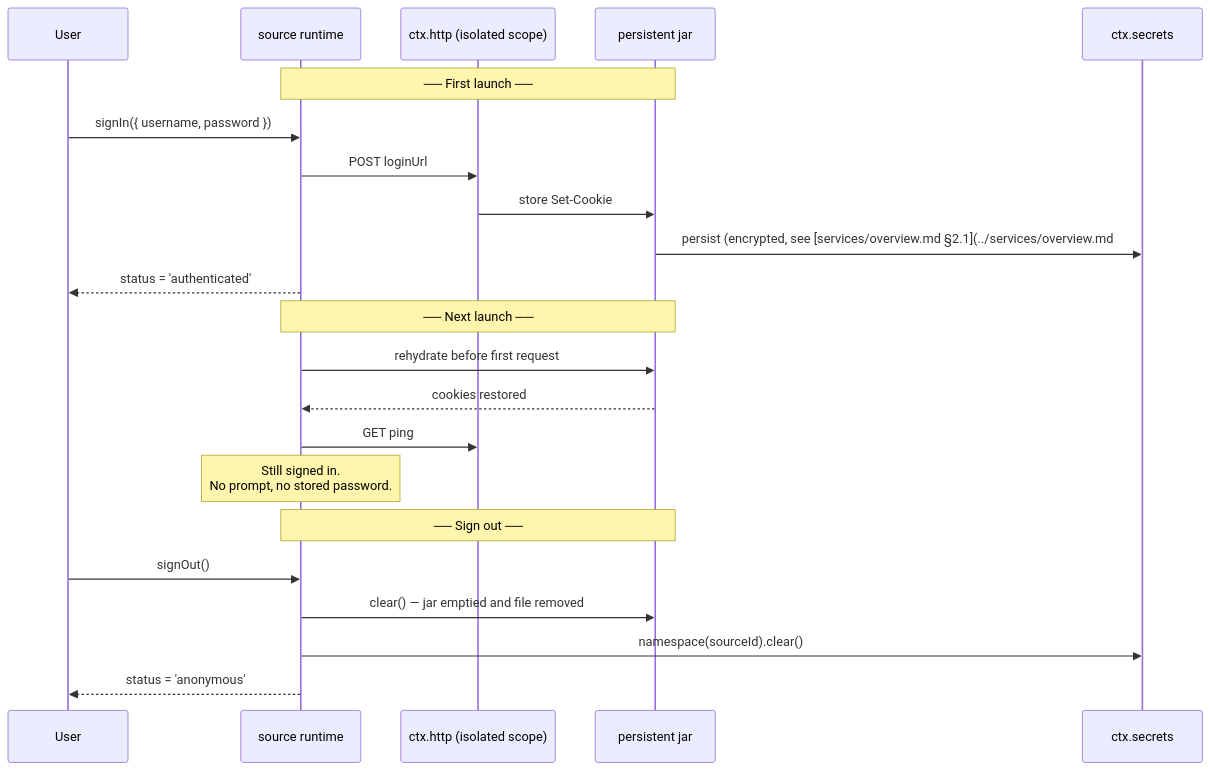
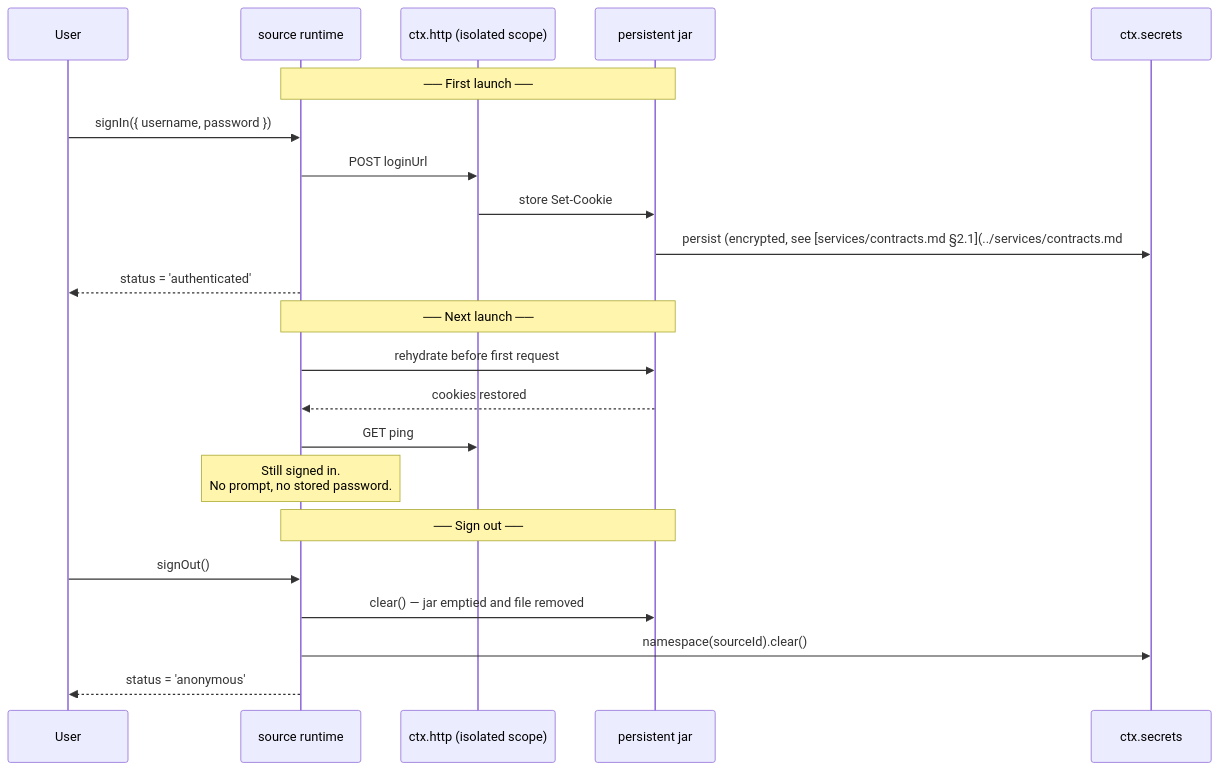
The second of 2 diagrams in docs/sources/runtime.md (BBeBeeX/BBeBee), drawn with Mermaid before and after one commit. The commit also changed other lines of this file and 61 other files, not shown here.

````diff
--- a/docs/sources/runtime.md
+++ b/docs/sources/runtime.md
@@ -322,27 +319,27 @@
 ```mermaid
 sequenceDiagram
     participant U as User
     participant R as source runtime
     participant H as ctx.http (isolated scope)
     participant J as persistent jar
     participant S as ctx.secrets
 
     Note over R,J: ── First launch ──
     U->>R: signIn({ username, password })
     R->>H: POST loginUrl
     H->>J: store Set-Cookie
-    J->>S: persist (encrypted, see [services/overview.md §2.1](../services/overview.md#21-cookie-jars))
+    J->>S: persist (encrypted, see [services/contracts.md §2.1](../services/contracts.md#21-cookie-jars))
     R-->>U: status = 'authenticated'
 
     Note over R,J: ── Next launch ──
     R->>J: rehydrate before first request
     J-->>R: cookies restored
     R->>H: GET ping
     Note over R: Still signed in.<br/>No prompt, no stored password.
 
     Note over R,J: ── Sign out ──
     U->>R: signOut()
     R->>J: clear() — jar emptied and file removed
     R->>S: namespace(sourceId).clear()
     R-->>U: status = 'anonymous'
 ```
````
